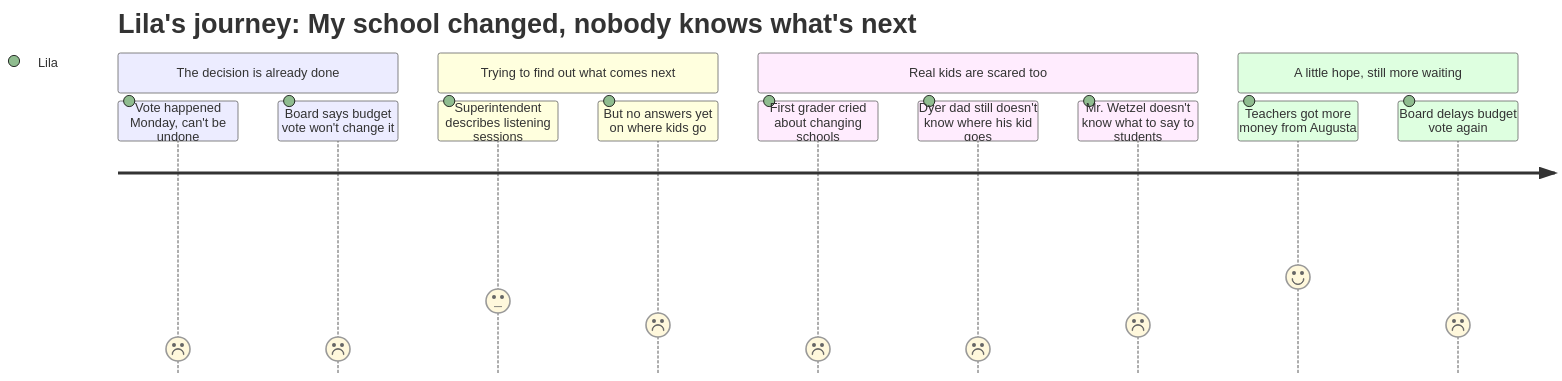
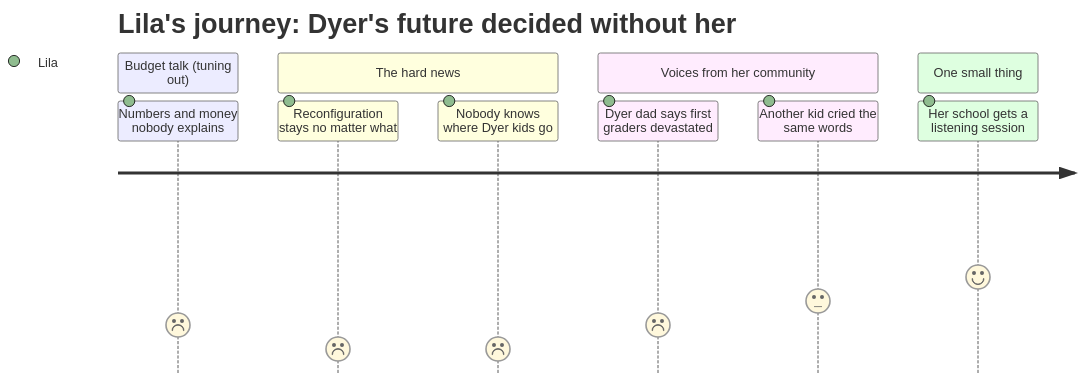
The diagram in data/interpretation/meetings/2026-04-02-school-board/PERSONA-014.md (cristoslc/2026-south-portland-school-budget), drawn with Mermaid before and after one commit. The commit also changed other lines of this file and 124 other files, not shown here.

````diff
--- a/data/interpretation/meetings/2026-04-02-school-board/PERSONA-014.md
+++ b/data/interpretation/meetings/2026-04-02-school-board/PERSONA-014.md
@@ -77,17 +65,14 @@
 ```mermaid
 journey
-    title Lila's journey: My school changed, nobody knows what's next
-    section The decision is already done
-        Vote happened Monday, can't be undone: 1: Lila
-        Board says budget vote won't change it: 1: Lila
-    section Trying to find out what comes next
-        Superintendent describes listening sessions: 3: Lila
-        But no answers yet on where kids go: 2: Lila
-    section Real kids are scared too
-        First grader cried about changing schools: 1: Lila
-        Dyer dad still doesn't know where his kid goes: 1: Lila
-        Mr. Wetzel doesn't know what to say to students: 2: Lila
-    section A little hope, still more waiting
-        Teachers got more money from Augusta: 4: Lila
-        Board delays budget vote again: 2: Lila
+    title Lila's journey: Dyer's future decided without her
+    section Budget talk (tuning out)
+        Numbers and money nobody explains: 2: Lila
+    section The hard news
+        Reconfiguration stays no matter what: 1: Lila
+        Nobody knows where Dyer kids go: 1: Lila
+    section Voices from her community
+        Dyer dad says first graders devastated: 2: Lila
+        Another kid cried the same words: 3: Lila
+    section One small thing
+        Her school gets a listening session: 4: Lila
 ```
````
